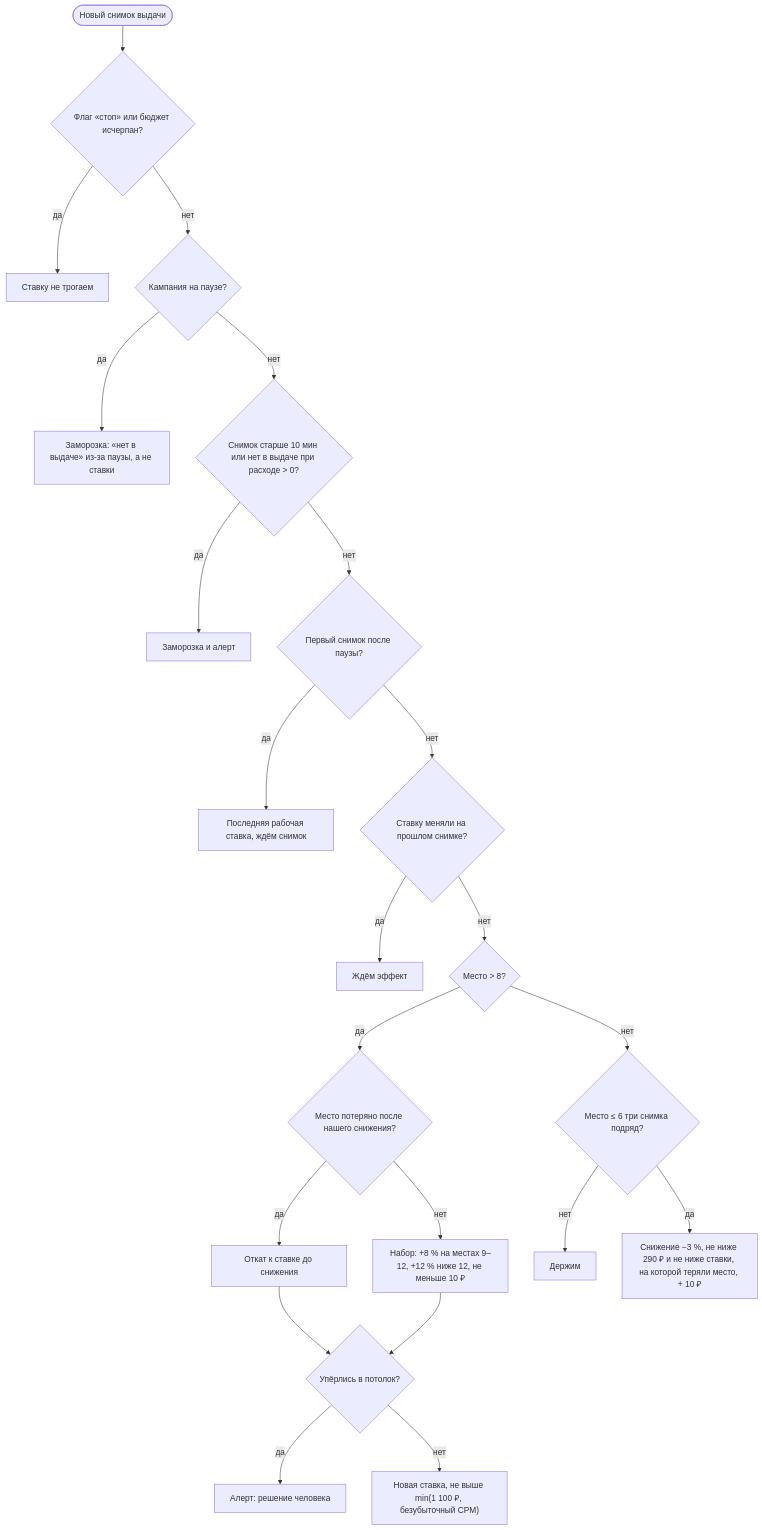
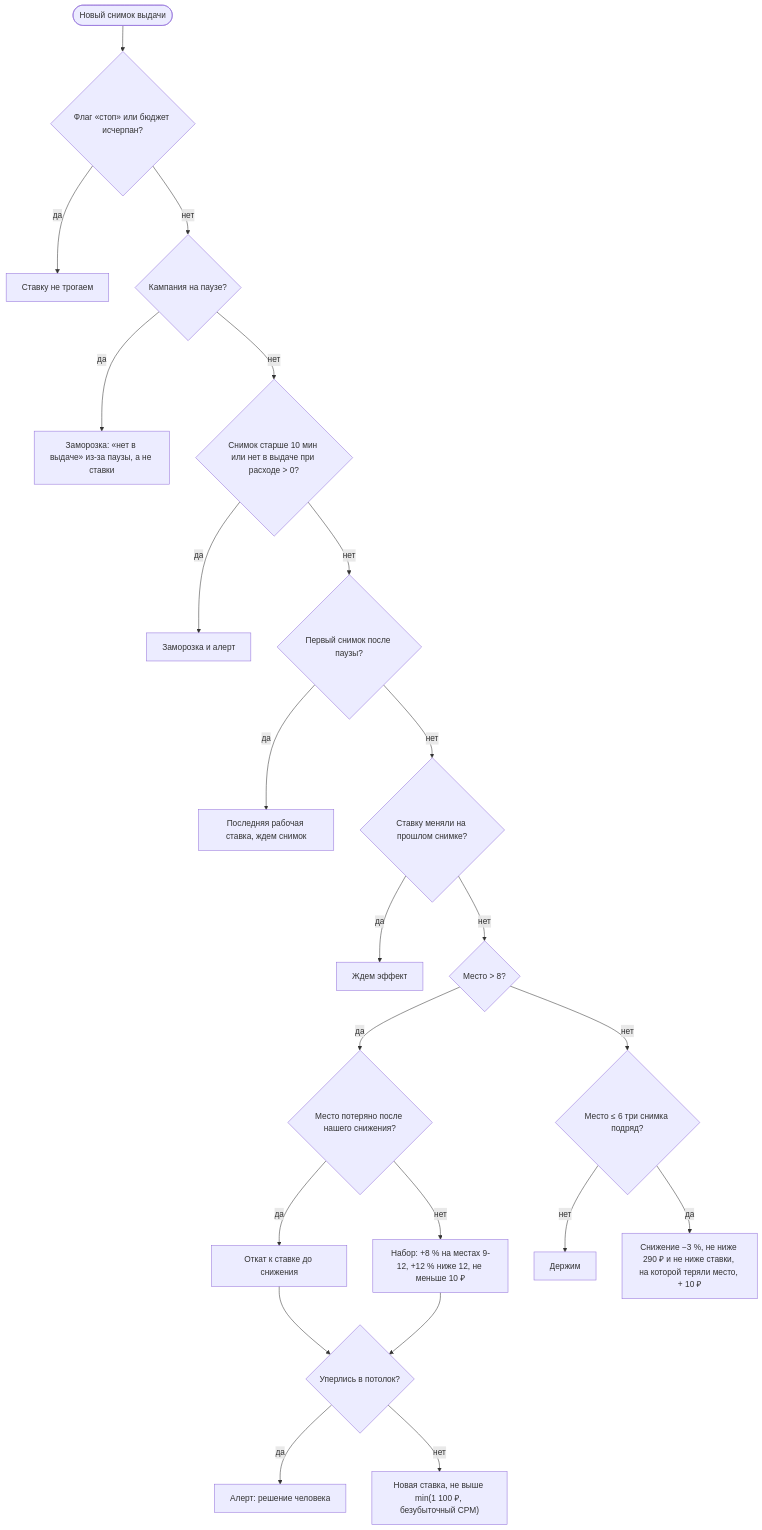
One commit to unnamed00bas/wb-bidder-pricing-case changed the diagram in README.md. Above: the diagram before and after it, drawn with Mermaid. The commit also changed other lines of this file and 9 other files, not shown here.

````diff
--- a/README.md
+++ b/README.md
@@ -54,24 +63,24 @@
 ```mermaid
 flowchart TD
     S(["Новый снимок выдачи"]) --> STOP{"Флаг «стоп» или бюджет исчерпан?"}
     STOP -- да --> KEEP0["Ставку не трогаем"]
     STOP -- нет --> PAUSE{"Кампания на паузе?"}
     PAUSE -- да --> FREEZE["Заморозка: «нет в выдаче» из-за паузы, а не ставки"]
     PAUSE -- нет --> STALE{"Снимок старше 10 мин или нет в выдаче при расходе > 0?"}
     STALE -- да --> ALERT1["Заморозка и алерт"]
     STALE -- нет --> RESUME{"Первый снимок после паузы?"}
-    RESUME -- да --> LAST["Последняя рабочая ставка, ждём снимок"]
+    RESUME -- да --> LAST["Последняя рабочая ставка, ждем снимок"]
     RESUME -- нет --> COOL{"Ставку меняли на прошлом снимке?"}
-    COOL -- да --> WAIT["Ждём эффект"]
+    COOL -- да --> WAIT["Ждем эффект"]
     COOL -- нет --> POS{"Место > 8?"}
     POS -- да --> OWN{"Место потеряно после нашего снижения?"}
     OWN -- да --> ROLL["Откат к ставке до снижения"]
-    OWN -- нет --> UP["Набор: +8 % на местах 9–12, +12 % ниже 12, не меньше 10 ₽"]
-    ROLL --> CAP{"Упёрлись в потолок?"}
+    OWN -- нет --> UP["Набор: +8 % на местах 9-12, +12 % ниже 12, не меньше 10 ₽"]
+    ROLL --> CAP{"Уперлись в потолок?"}
     UP --> CAP
     CAP -- да --> ALERT2["Алерт: решение человека"]
     CAP -- нет --> SET["Новая ставка, не выше min(1 100 ₽, безубыточный CPM)"]
     POS -- нет --> CALM{"Место ≤ 6 три снимка подряд?"}
     CALM -- нет --> HOLD["Держим"]
     CALM -- да --> DOWN["Снижение −3 %, не ниже 290 ₽ и не ниже ставки, на которой теряли место, + 10 ₽"]
 ```
````
